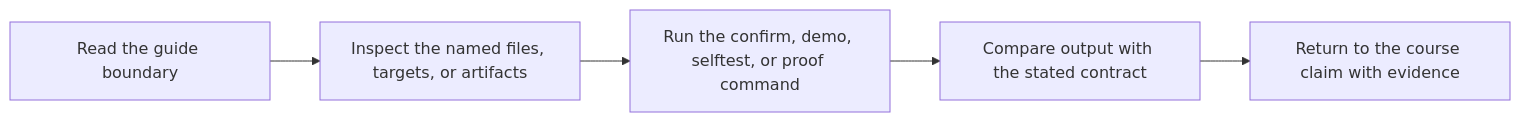
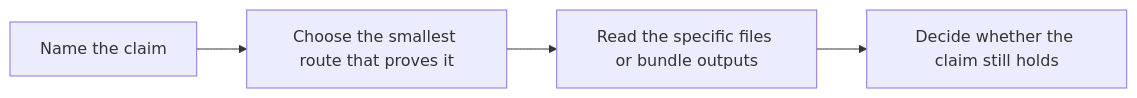
The second of 2 diagrams in programs/reproducible-research/deep-dive-snakemake/capstone/docs/PROOF_GUIDE.md (bijux/bijux-masterclass), drawn with Mermaid before and after one commit. The commit also changed other lines of this file, not shown here.

Commit message:
docs(capstone): route deep-dive-snakemake proof by claim

````diff
--- a/programs/reproducible-research/deep-dive-snakemake/capstone/docs/PROOF_GUIDE.md
+++ b/programs/reproducible-research/deep-dive-snakemake/capstone/docs/PROOF_GUIDE.md
@@ -20,7 +19,6 @@
 ```mermaid
 flowchart LR
-  orient["Read the guide boundary"] --> inspect["Inspect the named files, targets, or artifacts"]
-  inspect --> run["Run the confirm, demo, selftest, or proof command"]
-  run --> compare["Compare output with the stated contract"]
-  compare --> review["Return to the course claim with evidence"]
+  claim["Name the claim"] --> route["Choose the smallest route that proves it"]
+  route --> evidence["Read the specific files or bundle outputs"]
+  evidence --> verdict["Decide whether the claim still holds"]
 ```
````
